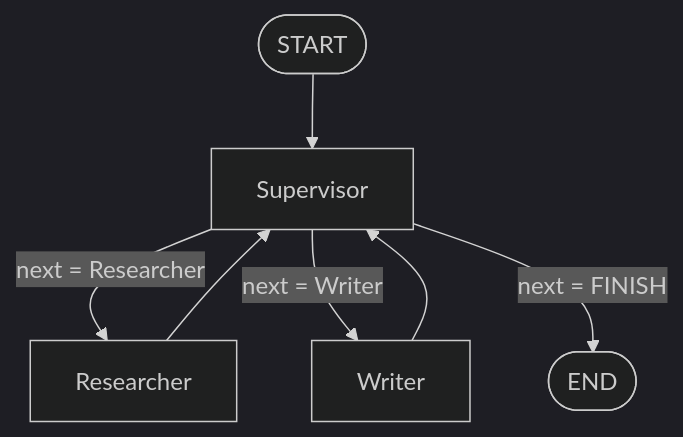
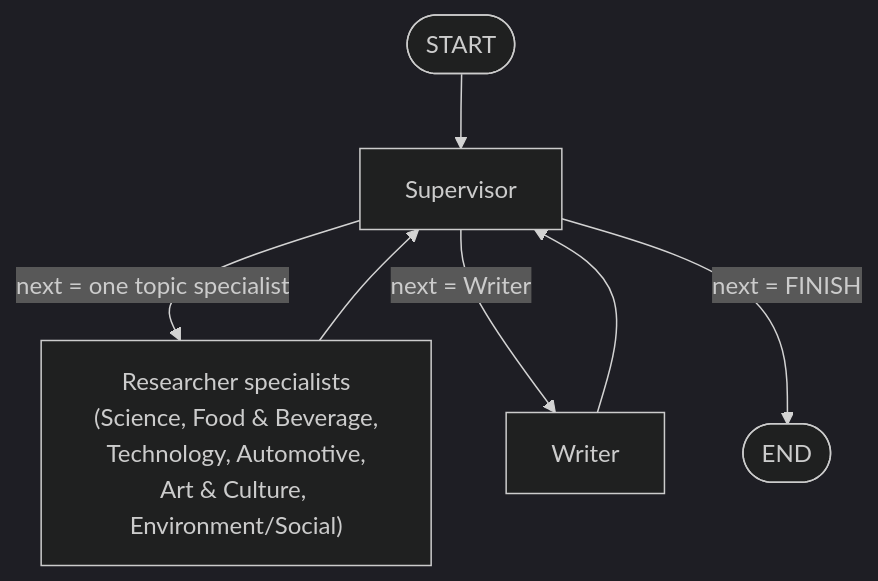
The first of 2 diagrams in docs/architecture.md (singamasae/multi-agent-langgraph), drawn with Mermaid (dark theme) before and after one commit. The commit also changed other lines of this file and 18 other files, not shown here.

Commit message:
enhance architecture documentation to include topic specialists, update routing logic, and improve agent definitions

````diff
--- a/docs/architecture.md
+++ b/docs/architecture.md
@@ -63,9 +63,9 @@
 ```mermaid
 graph TD
     START([START]) --> SUP[Supervisor]
-    SUP -->|next = Researcher| RES[Researcher]
+    SUP -->|next = one topic specialist| RES["Researcher specialists<br/>(Science, Food &amp; Beverage,<br/>Technology, Automotive,<br/>Art &amp; Culture, Environment/Social)"]
     SUP -->|next = Writer| WRI[Writer]
     SUP -->|next = FINISH| END([END])
     RES --> SUP
     WRI --> SUP
 ```
````
